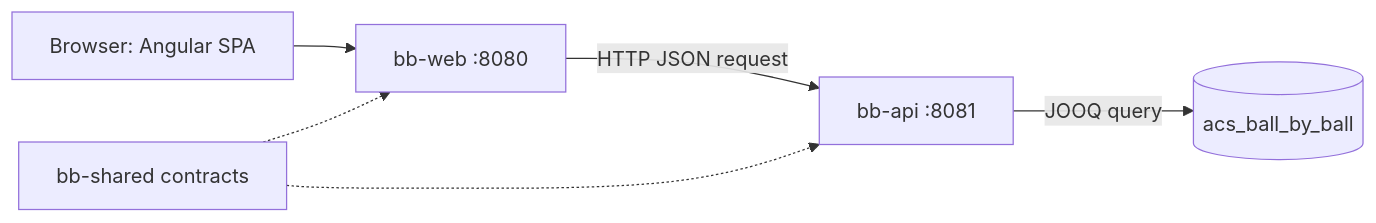
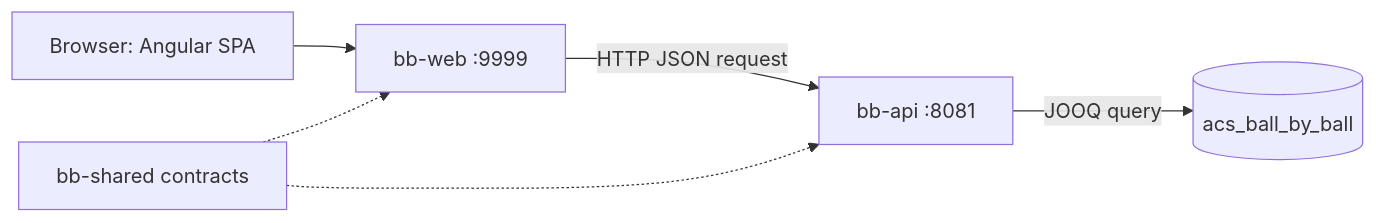
Before and after one commit to kevinrjones/acs_ball_by_ball: the first of 3 diagrams in docs/architecture/applications.md, drawn with Mermaid. The commit also changed other lines of this file and 8 other files, not shown here.

````diff
--- a/docs/architecture/applications.md
+++ b/docs/architecture/applications.md
@@ -19,8 +19,8 @@
 ```mermaid
 flowchart LR
-    Browser[Browser: Angular SPA] --> Web[bb-web :8080]
+    Browser[Browser: Angular SPA] --> Web[bb-web :9999]
     Web -->|HTTP JSON request| API[bb-api :8081]
     API -->|JOOQ query| DB[(acs_ball_by_ball)]
     Shared[bb-shared contracts] -.-> Web
     Shared -.-> API
 ```
````
